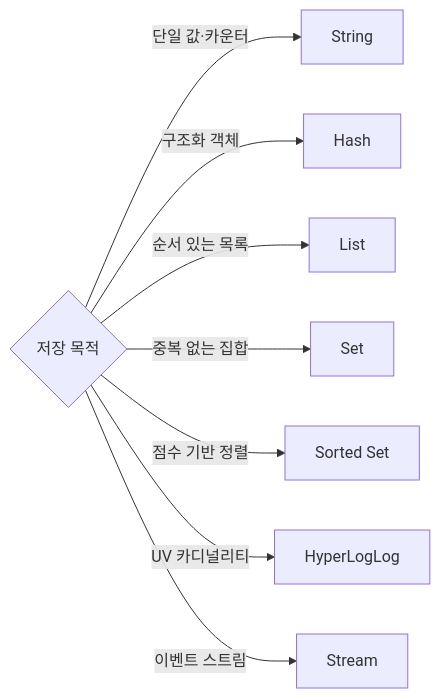
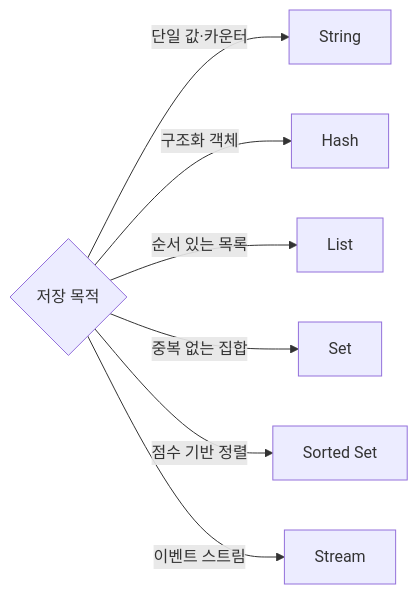
One commit to yjkim2015/yjkim2015.github.io changed the third of 3 diagrams in _posts/redis/2026-05-01-redis-data-structures.md. Above: the diagram before and after it, drawn with Mermaid. The commit also changed other lines of this file and 245 other files, not shown here.

First line of the commit message:
Mermaid 다이어그램 전면 수정 + 면접 포인트 접기/펼치기 + DB 데드락 페이지

````diff
--- a/_posts/redis/2026-05-01-redis-data-structures.md
+++ b/_posts/redis/2026-05-01-redis-data-structures.md
@@ -988,10 +985,9 @@
 ```mermaid
 graph LR
     Q1{"저장 목적"} -->|단일 값·카운터| S["String"]
     Q1 -->|구조화 객체| H["Hash"]
     Q1 -->|순서 있는 목록| L["List"]
     Q1 -->|중복 없는 집합| SE["Set"]
     Q1 -->|점수 기반 정렬| Z["Sorted Set"]
-    Q1 -->|UV 카디널리티| HLL["HyperLogLog"]
     Q1 -->|이벤트 스트림| ST["Stream"]
 ```
````
